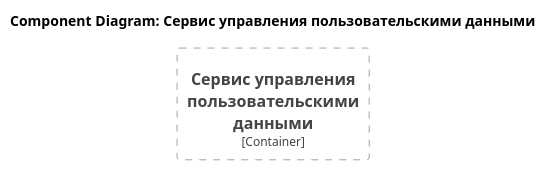
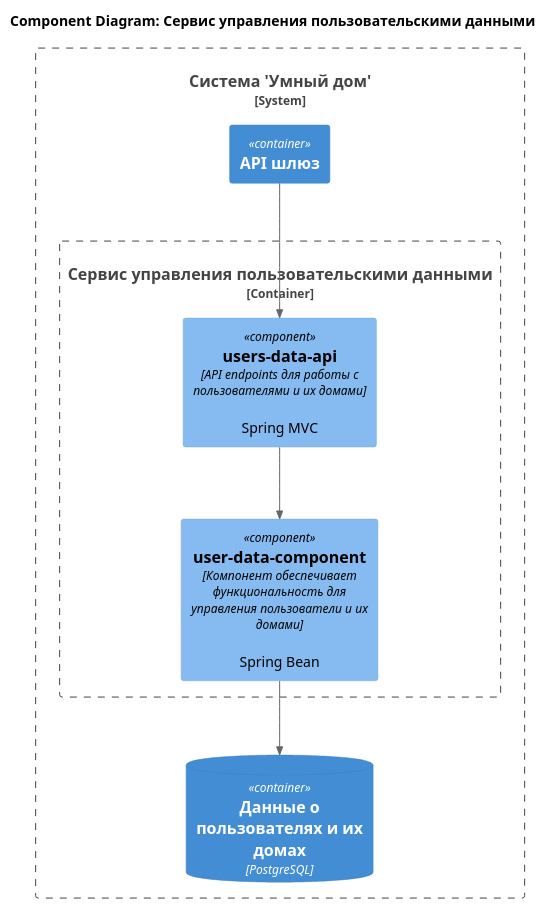
The diagram in schemas/C4/component/user_data_service_component_diagram.puml (zergnk/architecture-pro-warmhouse), drawn with PlantUML before and after one commit. The commit also changed 11 other files, not shown here.

```diff
--- a/schemas/C4/component/user_data_service_component_diagram.puml
+++ b/schemas/C4/component/user_data_service_component_diagram.puml
@@ -1,7 +1,22 @@
 @startuml
 title Component Diagram: Сервис управления пользовательскими данными
 
 !include <C4/C4_Component.puml>
 
-Container_Boundary(user_data_management_service, "Сервис управления пользовательскими данными")
+
+System_Boundary(smart_house, "Система 'Умный дом'") {
+    Container("api_gateway", "API шлюз", "")
+
+    Container_Boundary(user_data_management_service, "Сервис управления пользовательскими данными") {
+        Component(component_user_data_api, "users-data-api", "API endpoints для работы с пользователями и их домами", "Spring MVC")
+        Component(component_user_data, "user-data-component", "Компонент обеспечивает функциональность для управления пользователи и их домами", "Spring Bean")
+    }
+
+    ContainerDb(db, "Данные о пользователях и их домах", "PostgreSQL")
+}
+
+Rel(api_gateway, component_user_data_api, "")
+Rel(component_user_data_api, component_user_data, "")
+Rel(component_user_data, db, "")
+
 @enduml
```
